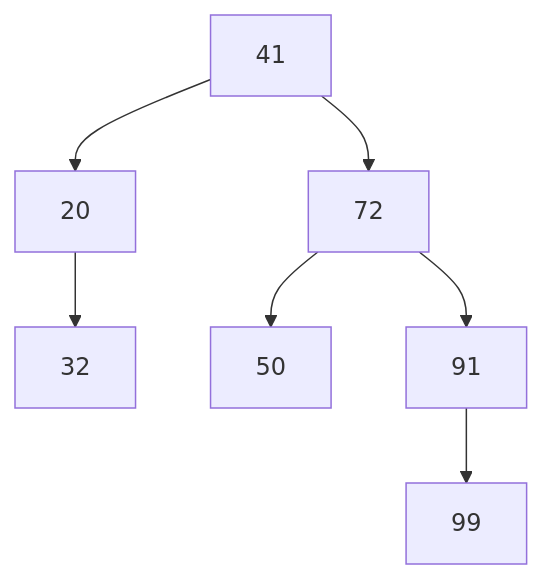
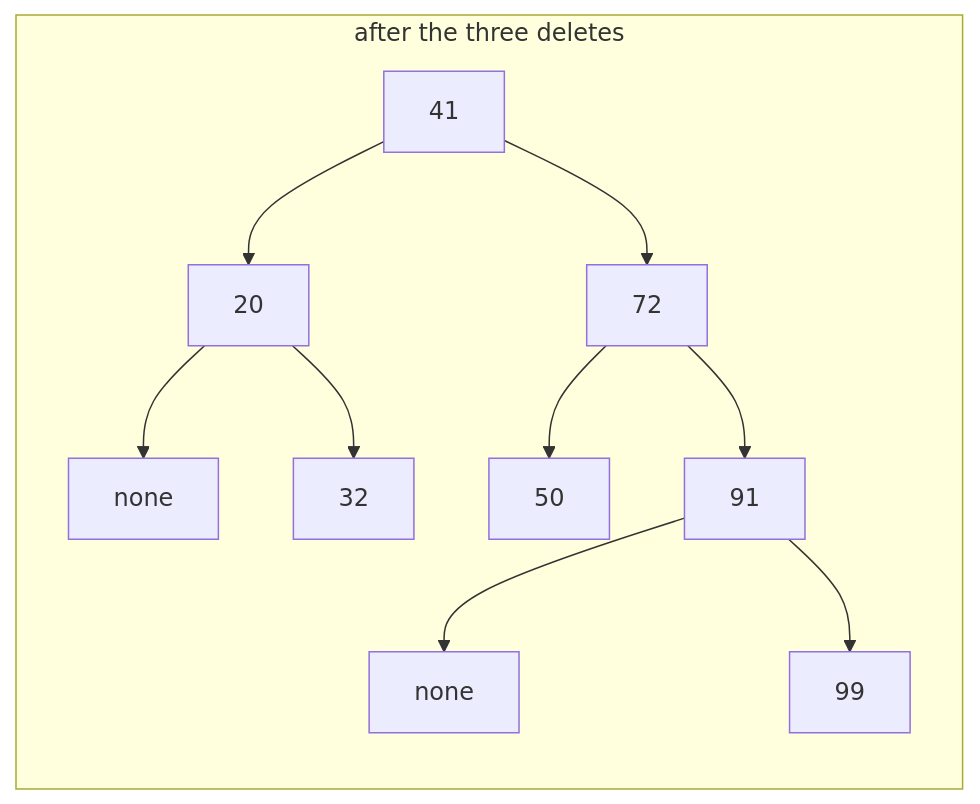
Before and after one commit to bkuberek/coding-study: the second of 4 diagrams in guides/binary-search-trees/guide.md, drawn with Mermaid. The commit also changed other lines of this file and 27 other files, not shown here.

First line of the commit message:
fix(guides): keep tree drawings' children under their parents and cut two hints

````diff
--- a/guides/binary-search-trees/guide.md
+++ b/guides/binary-search-trees/guide.md
@@ -76,11 +86,16 @@
 ```mermaid
-flowchart TD
+flowchart LR
   accTitle: The tree after deleting 65, 29 and 11
-  accDescr: 41 is still the root. Its left child is 20, whose only child is 32, on the right. Its right child is now 72, with children 50 and 91; 91 has a single right child, 99.
-  k41["41"] --> k20["20"]
-  k41 --> k72["72"]
-  k20 --> k32["32"]
-  k72 --> k50["50"]
-  k72 --> k91["91"]
-  k91 --> k99["99"]
+  accDescr: 41 is still the root. Its left child is 20, whose only child is 32, on the right; the missing left child is marked none. Its right child is now 72, with children 50 and 91; 91 has a single right child, 99, and no left child, marked none.
+  subgraph tree["after the three deletes"]
+    direction TB
+    k41["41"] --> k20["20"]
+    k41 --> k72["72"]
+    k20 --> n20["none"]
+    k20 --> k32["32"]
+    k72 --> k50["50"]
+    k72 --> k91["91"]
+    k91 --> n91["none"]
+    k91 --> k99["99"]
+  end
 ```
````
